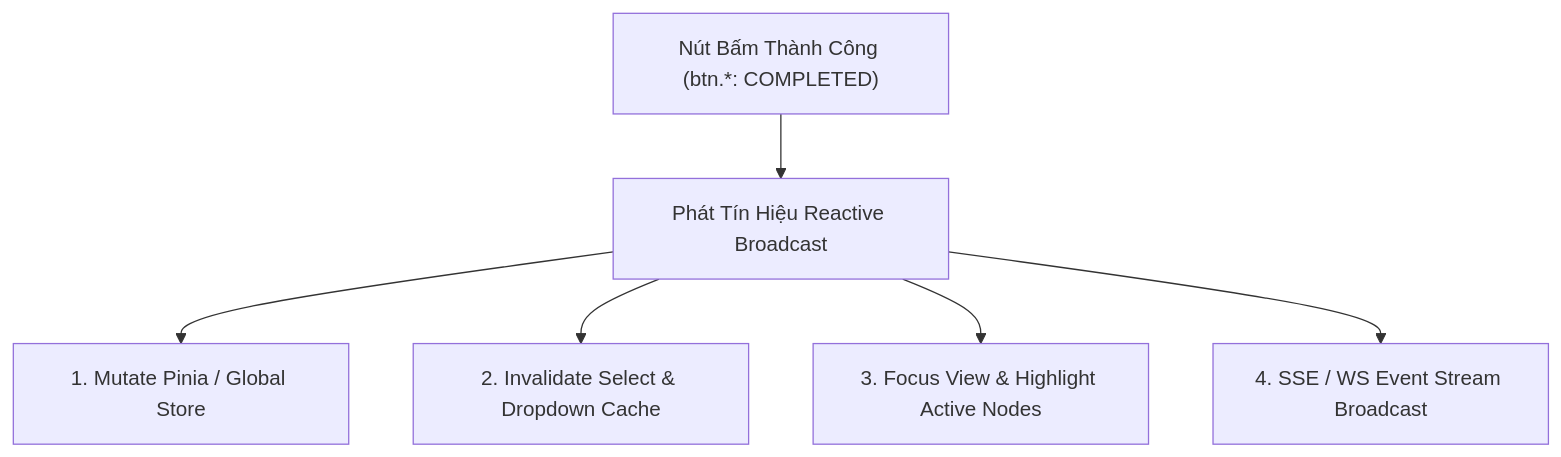
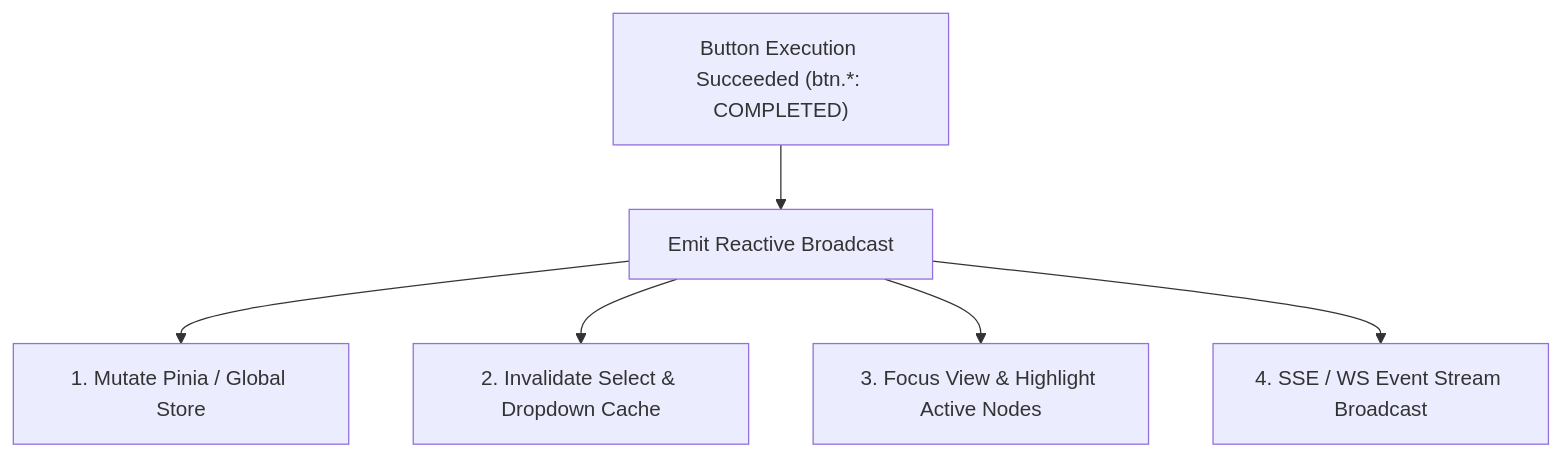
The third of 3 diagrams in docs/srs/SRS_HORIZONTAL_BUTTONS.md (tuquet/automa), drawn with Mermaid before and after one commit. The commit also changed other lines of this file and 26 other files, not shown here.

````diff
--- a/docs/srs/SRS_HORIZONTAL_BUTTONS.md
+++ b/docs/srs/SRS_HORIZONTAL_BUTTONS.md
@@ -455,8 +455,8 @@
 ```mermaid
 flowchart TD
-    ButtonSuccess["Nút Bấm Thành Công (btn.*: COMPLETED)"] --> SideEffects["Phát Tín Hiệu Reactive Broadcast"]
+    ButtonSuccess["Button Execution Succeeded (btn.*: COMPLETED)"] --> SideEffects["Emit Reactive Broadcast"]
     SideEffects --> StoreMutation["1. Mutate Pinia / Global Store"]
     SideEffects --> CacheInvalidation["2. Invalidate Select & Dropdown Cache"]
     SideEffects --> ViewFocus["3. Focus View & Highlight Active Nodes"]
     SideEffects --> SseBroadcast["4. SSE / WS Event Stream Broadcast"]
 ```
````
